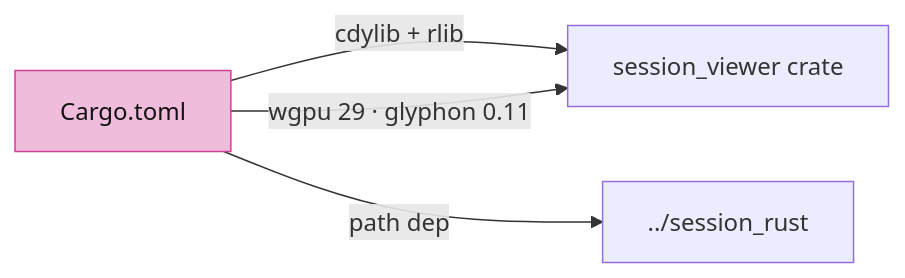
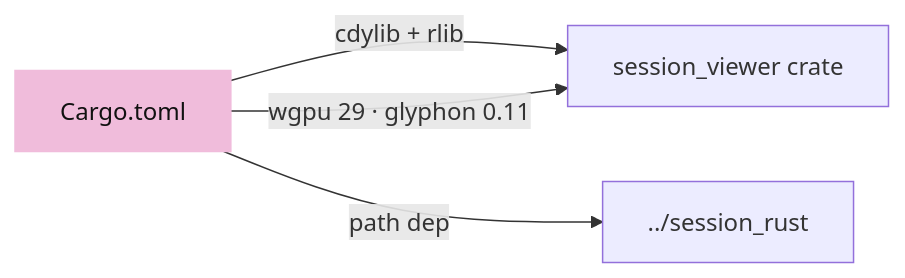
Before and after one commit to petrasvestartas/session: the first of 6 diagrams in session_viewer/docs/00-environment.md, drawn with Mermaid. The commit also changed other lines of this file and 324 other files, not shown here.

````diff
--- a/session_viewer/docs/00-environment.md
+++ b/session_viewer/docs/00-environment.md
@@ -32,7 +32,7 @@
 ```mermaid
 flowchart LR
     T["Cargo.toml"] -- "cdylib + rlib" --> C["session_viewer crate"]
     T -- "path dep" --> K["../session_rust"]
     T -- "wgpu 29 · glyphon 0.11" --> C
-    style T fill:#f0bcdb,stroke:#ce4095,color:#111
+    style T fill:#f0bcdb,stroke:#f0bcdb,color:#111
 ```
````
